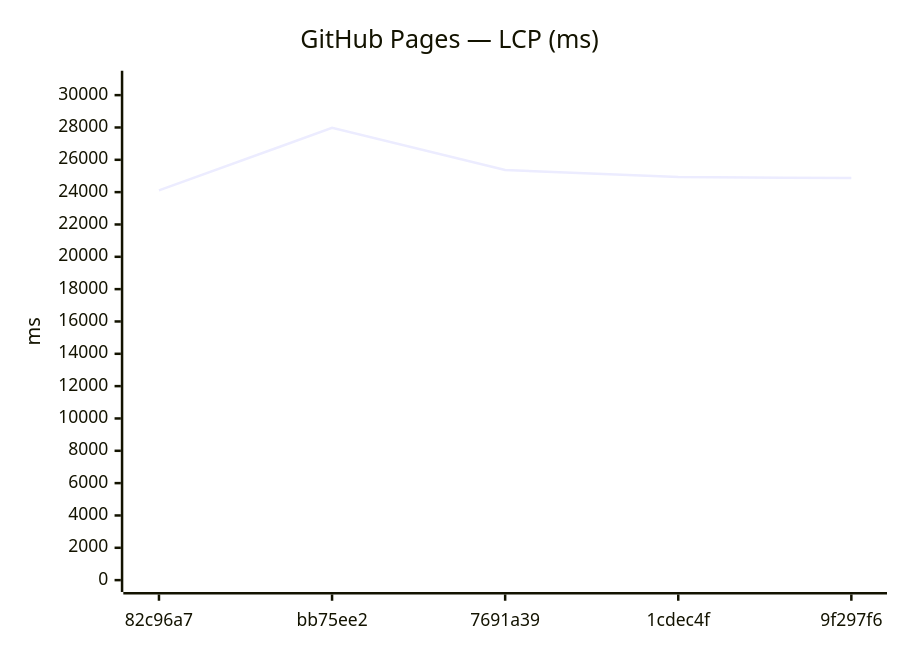
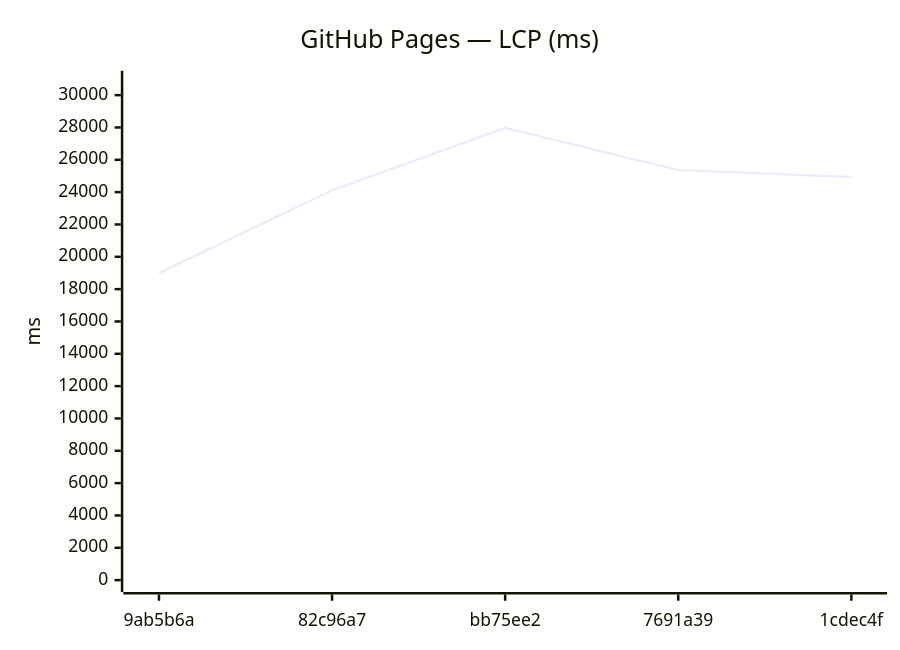
One commit to Metaheurist/Rianell changed the ninth of 18 diagrams in benchmarks/compare.md. Above: the diagram before and after it, drawn with Mermaid. The commit also changed other lines of this file and 11 other files, not shown here.

````diff
--- a/benchmarks/compare.md
+++ b/benchmarks/compare.md
@@ -142,7 +142,7 @@
 ```mermaid
 xychart-beta
     title "GitHub Pages — LCP (ms)"
-    x-axis ["82c96a7", "bb75ee2", "7691a39", "1cdec4f", "9f297f6"]
+    x-axis ["9ab5b6a", "82c96a7", "bb75ee2", "7691a39", "1cdec4f"]
     y-axis "ms" 0 --> 30774
-    line [24113, 27976, 25370, 24933, 24873]
+    line [18985, 24113, 27976, 25370, 24933]
 ```
````
